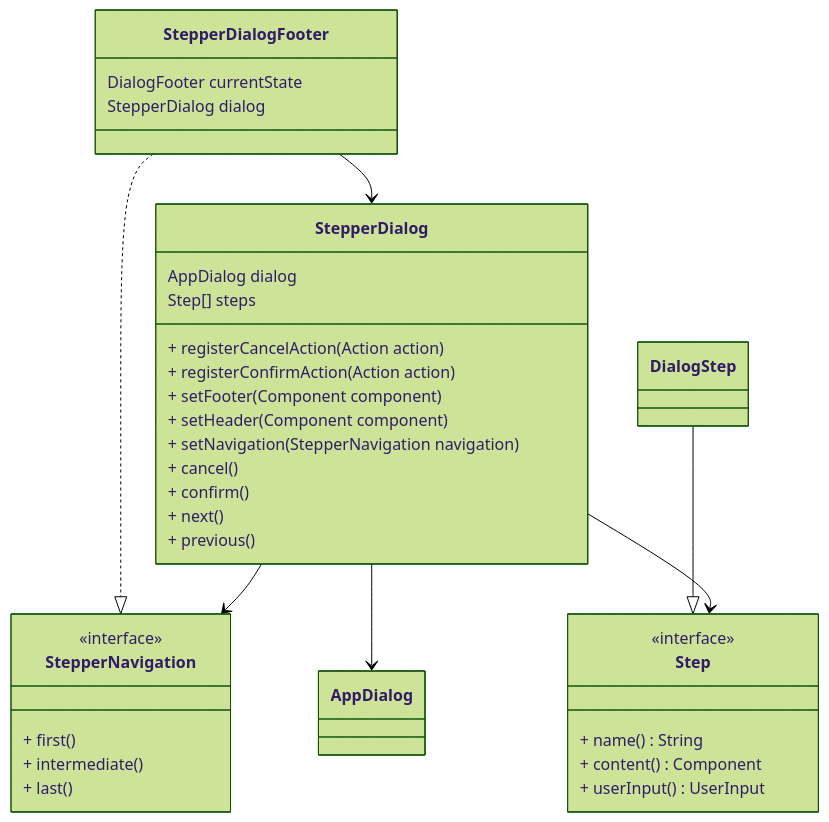
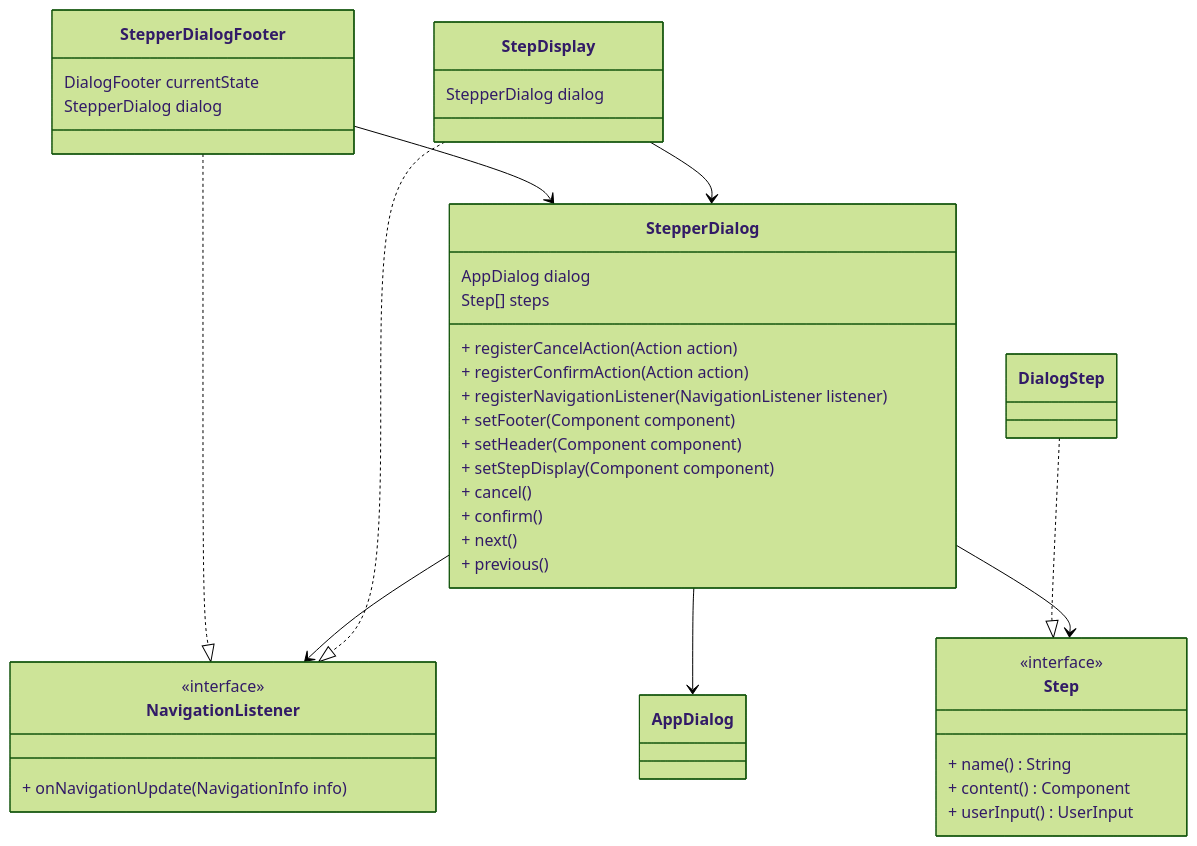
One commit to qbicsoftware/data-manager-app changed the second of 2 diagrams in user-interface/front-end-components.md. Above: the diagram before and after it, drawn with Mermaid (forest theme).

Commit message:
Redesign navigation broadcast

````diff
--- a/user-interface/front-end-components.md
+++ b/user-interface/front-end-components.md
@@ -77,55 +77,61 @@
 ```mermaid
 
 classDiagram
     
-    StepperDialogFooter ..|> StepperNavigation
+    StepperDialogFooter ..|> NavigationListener
     StepperDialogFooter --> StepperDialog
-    StepperDialog --> StepperNavigation
-    DialogStep --|> Step
+    StepperDialog --> NavigationListener
+    DialogStep ..|> Step
     StepperDialog --> AppDialog
     StepperDialog --> Step
+    StepDisplay ..|> NavigationListener
+    StepDisplay --> StepperDialog
+    
     
     class Step {
         <<interface>>
         + name() String
         + content() Component
         + userInput() UserInput
     }
     
     class AppDialog {
         
     }
     
     class DialogStep {
         
     }
     
     class StepperDialog {
         AppDialog dialog
         Step[] steps
         + registerCancelAction(Action action)
         + registerConfirmAction(Action action)
+        + registerNavigationListener(NavigationListener listener)
         + setFooter(Component component)
         + setHeader(Component component)
-        + setNavigation(StepperNavigation navigation)
+        + setStepDisplay(Component component)
         + cancel()
         + confirm()
         + next()
         + previous()
         
     }
     
-    class StepperNavigation {
+    class NavigationListener {
         <<interface>>
-        + first()
-        + intermediate()
-        + last()
+        + onNavigationUpdate(NavigationInfo info)
+    }
+    
+    class StepDisplay {
+        StepperDialog dialog
     }
     
     class StepperDialogFooter {
         DialogFooter currentState
         StepperDialog dialog
         
     }
 
 ```
````
